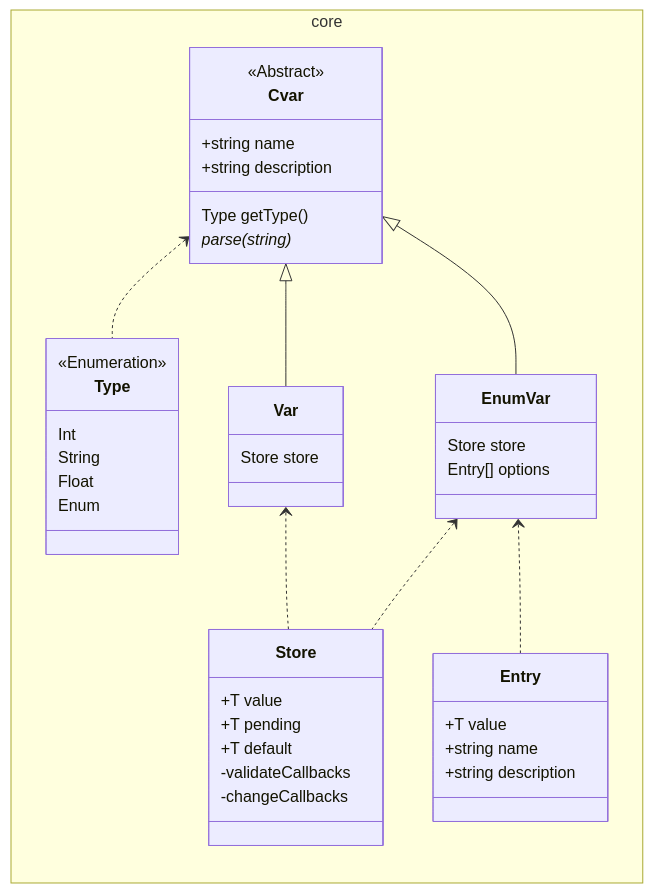
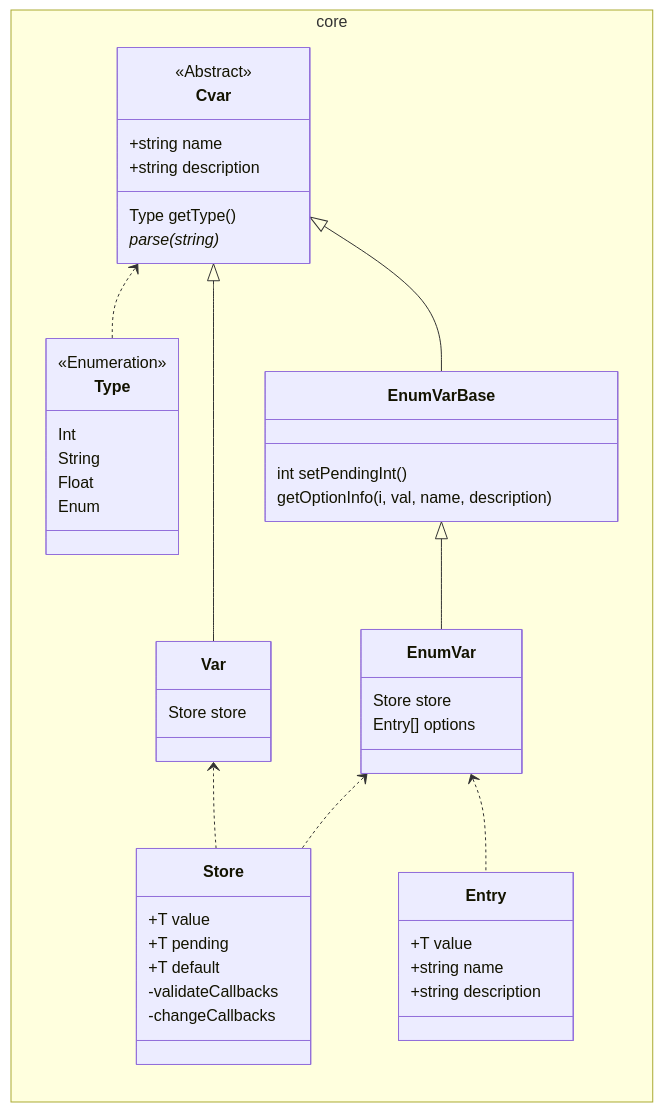
The diagram in docs/cvar.mermaid (kieranknowles1/vulcanite), drawn with Mermaid before and after one commit. The commit also changed 9 other files, not shown here.

```diff
--- a/docs/cvar.mermaid
+++ b/docs/cvar.mermaid
@@ -1,57 +1,63 @@
 classDiagram
   direction LR
   namespace core {
     class Type {
       <<Enumeration>>
       Int
       String
       Float
       Enum
     }
 
     class Cvar {
       <<Abstract>>
       +string name
       +string description
       Type getType()
       parse(string)*
     }
 
     class Store {
       +T value
       +T pending
       +T default
 
       -validateCallbacks
       -changeCallbacks
     }
 
     class Var {
       Store store
     }
 
+    class EnumVarBase {
+      int setPendingInt()
+      getOptionInfo(i, val, name, description)
+    }
+
     class EnumVar {
       Store store
 
       Entry[] options
     }
 
     class Entry {
       +T value
       +string name
       +string description
     }
   }
   Cvar <|-- Var
-  Cvar <|-- EnumVar
+  Cvar <|-- EnumVarBase
+  EnumVarBase <|-- EnumVar
   Cvar <.. Type
 
   Var <.. Store
   EnumVar <.. Store
   EnumVar <.. Entry
 
   %% namespace engine {
   %%   class CvarUi {
 
   %%   }
   %% }
```
